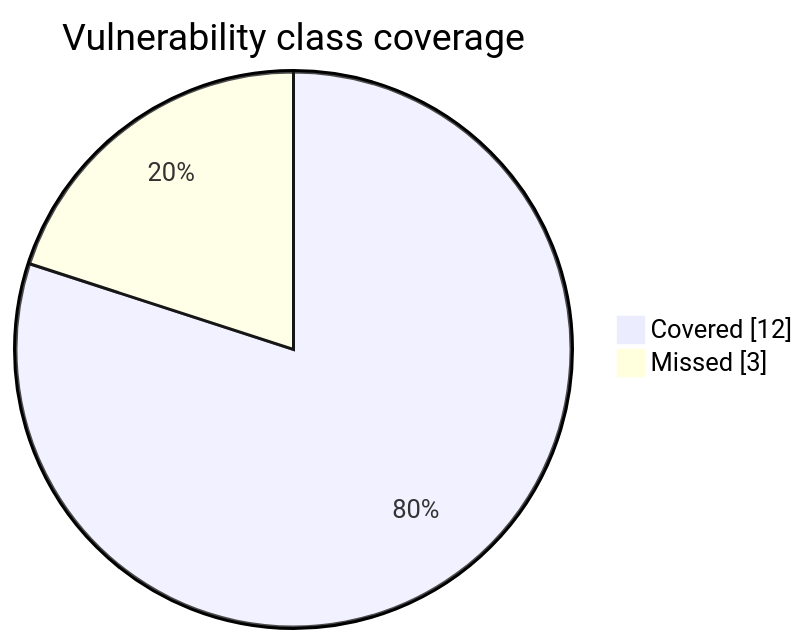
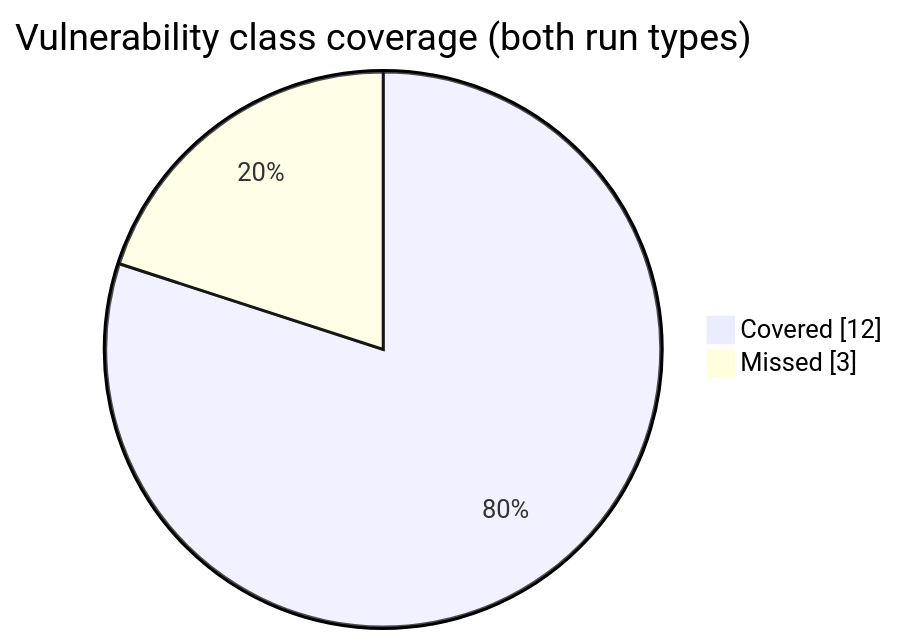
The diagram in README.md (0xElement/ARCHON1), drawn with Mermaid before and after one commit. The commit also changed other lines of this file and 3 other files, not shown here.

````diff
--- a/README.md
+++ b/README.md
@@ -224,5 +226,5 @@
 ```mermaid
-pie showData title Vulnerability class coverage
+pie showData title Vulnerability class coverage (both run types)
   "Covered" : 12
   "Missed" : 3
 ```
````
